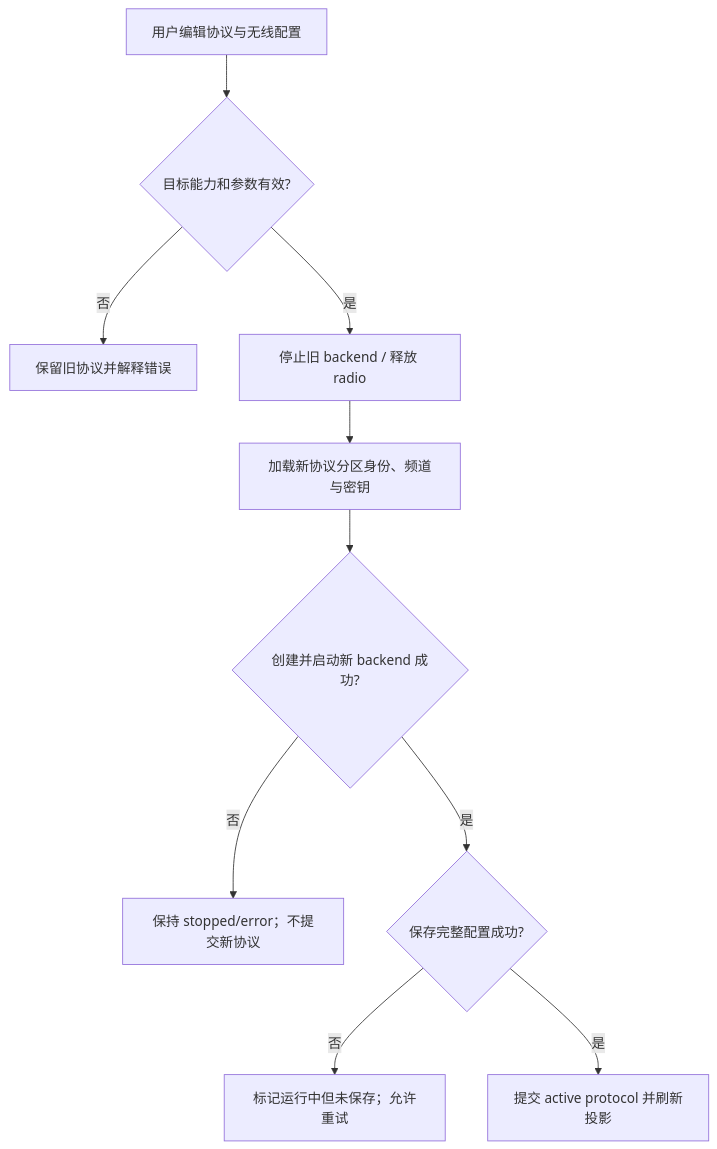
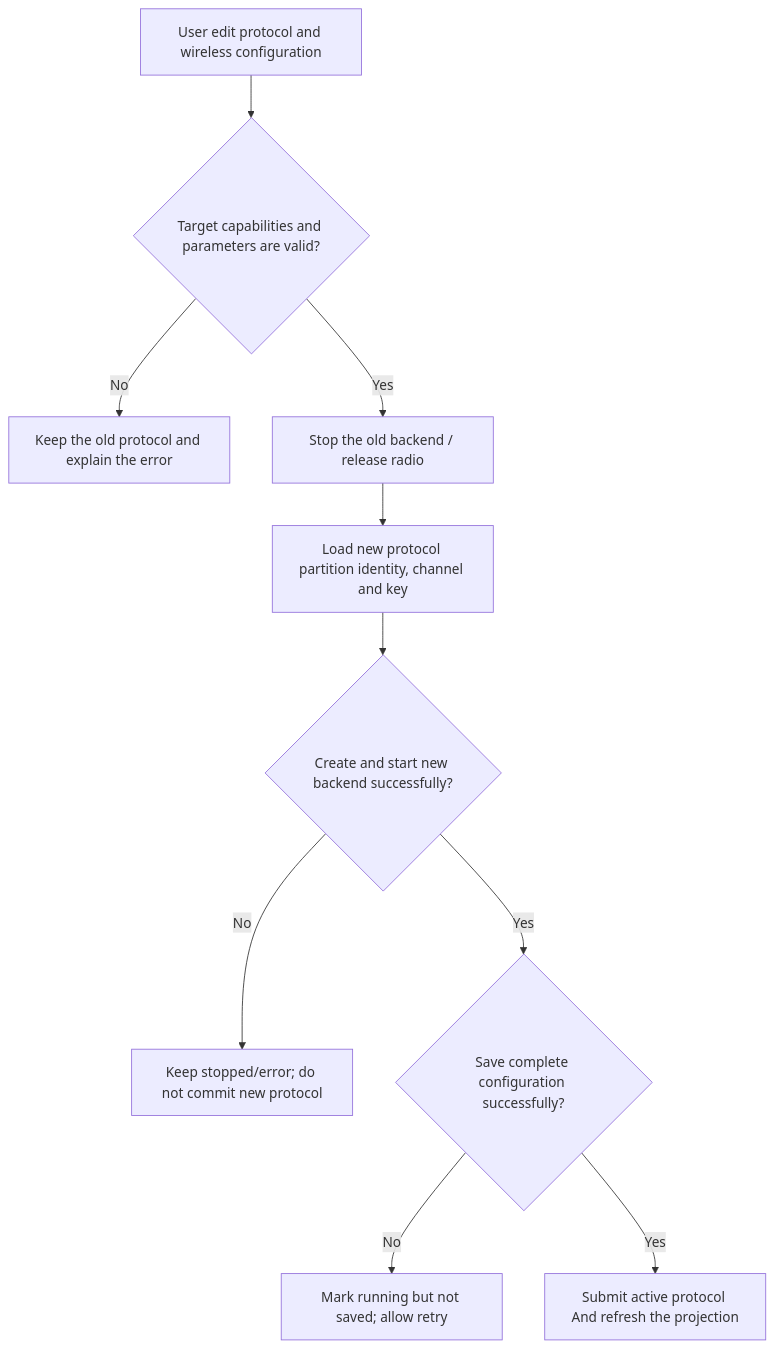
One commit to manmuqingshan/trail-mate changed the diagram in docs/design/use-case-diagrams/configure-radio-parameters/activity.md. Above: the diagram before and after it, drawn with Mermaid. The commit also changed other lines of this file and 527 other files, not shown here.

````diff
--- a/docs/design/use-case-diagrams/configure-radio-parameters/activity.md
+++ b/docs/design/use-case-diagrams/configure-radio-parameters/activity.md
@@ -3,12 +3,12 @@
 ```mermaid
 flowchart TD
-  Edit["用户编辑协议与无线配置"] --> Validate{"目标能力和参数有效?"}
-  Validate -- 否 --> Reject["保留旧协议并解释错误"]
-  Validate -- 是 --> Stop["停止旧 backend / 释放 radio"]
-  Stop --> Load["加载新协议分区身份、频道与密钥"]
-  Load --> Create{"创建并启动新 backend 成功?"}
-  Create -- 否 --> Safe["保持 stopped/error；不提交新协议"]
-  Create -- 是 --> Persist{"保存完整配置成功?"}
-  Persist -- 否 --> Unsaved["标记运行中但未保存；允许重试"]
-  Persist -- 是 --> Commit["提交 active protocol 并刷新投影"]
+ Edit["User edit protocol and wireless configuration"] --> Validate{"Target capabilities and parameters are valid?"}
+ Validate -- No --> Reject["Keep the old protocol and explain the error"]
+ Validate -- Yes --> Stop["Stop the old backend / release radio"]
+ Stop --> Load["Load new protocol partition identity, channel and key"]
+ Load --> Create{"Create and start new backend successfully?"}
+ Create -- No --> Safe["Keep stopped/error; do not commit new protocol"]
+ Create -- Yes --> Persist{"Save complete configuration successfully?"}
+ Persist -- No --> Unsaved["Mark running but not saved; allow retry"]
+ Persist -- Yes --> Commit["Submit active protocol And refresh the projection"]
 ```
````
